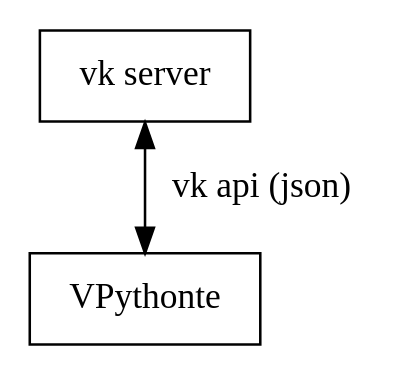
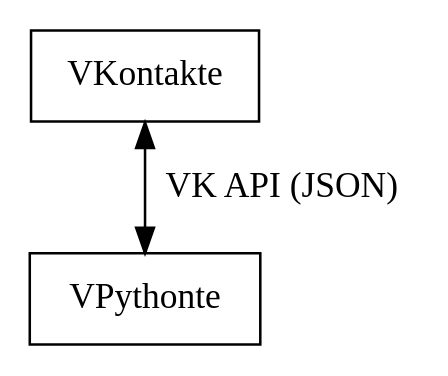
The diagram in reports/presentation/pics/simple.dot (ilvokhin/oop-project), drawn with Graphviz before and after one commit. The commit also changed 2 other files, not shown here.

```diff
--- a/reports/presentation/pics/simple.dot
+++ b/reports/presentation/pics/simple.dot
@@ -1,6 +1,6 @@
 // dot -Tpdf simple.dot -o simple.pdf
 digraph G
 {
 	node [shape = record];
-	"vk server" -> "VPythonte" [label = " vk api (json)" dir="both"]
+	"VKontakte" -> "VPythonte" [label = " VK API (JSON)" dir="both"]
 }
```
